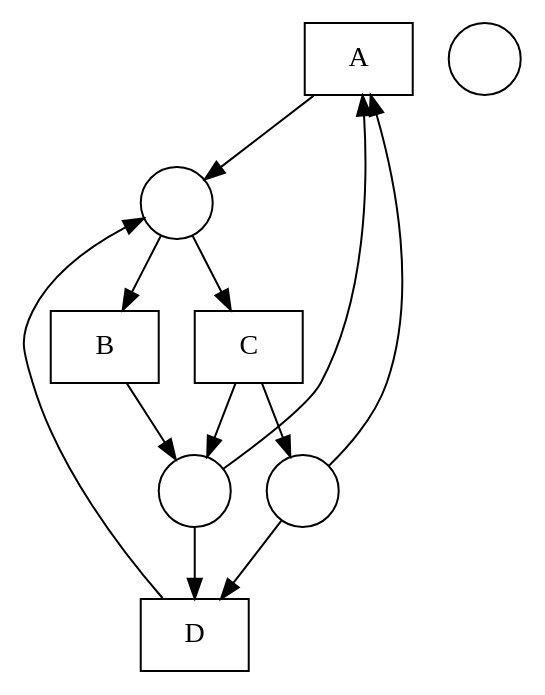
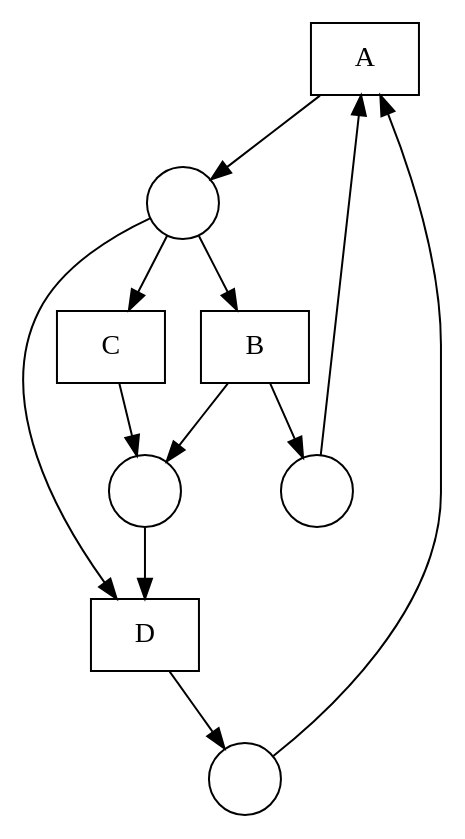
Before and after one commit to DWitek97/GeneticMiner: the diagram in nets/Fittest net.gv, drawn with Graphviz. The commit also changed 4 other files, not shown here.

```diff
--- a/nets/Fittest net.gv
+++ b/nets/Fittest net.gv
@@ -1,23 +1,23 @@
 digraph "Fittest net" {
 	node [shape=box]
 	A [label=A]
 	B [label=B]
+	D [label=D]
 	C [label=C]
-	D [label=D]
 	node [shape=circle]
 	1 [label=" "]
 	2 [label=" "]
 	3 [label=" "]
 	4 [label=" "]
 	1 -> A
 	4 -> A
-	A -> 3
-	3 -> B
-	B -> 4
-	3 -> C
-	C -> 1
-	C -> 4
-	1 -> D
-	4 -> D
-	D -> 3
+	A -> 2
+	2 -> B
+	B -> 1
+	B -> 3
+	2 -> D
+	3 -> D
+	D -> 4
+	2 -> C
+	C -> 3
 }
```
